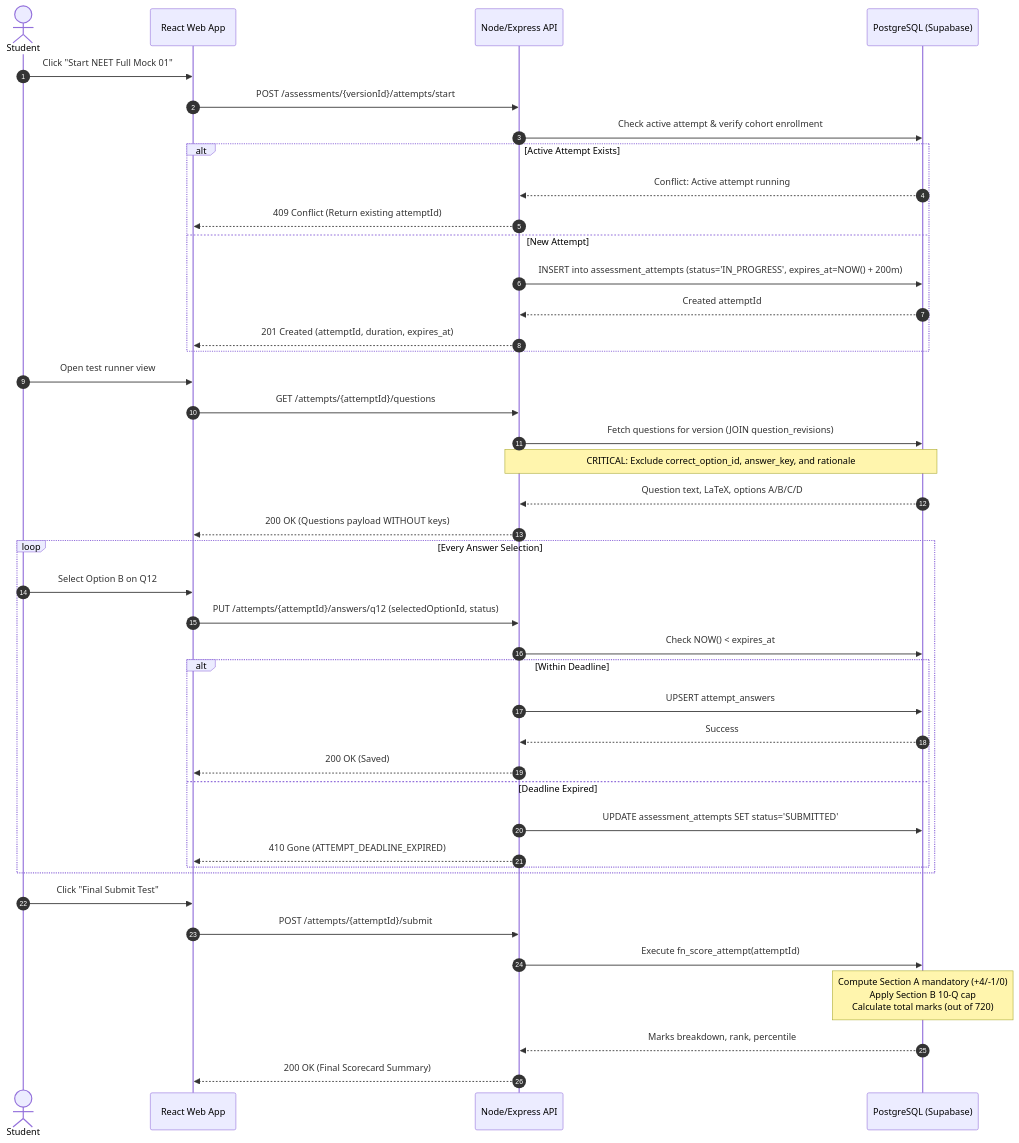
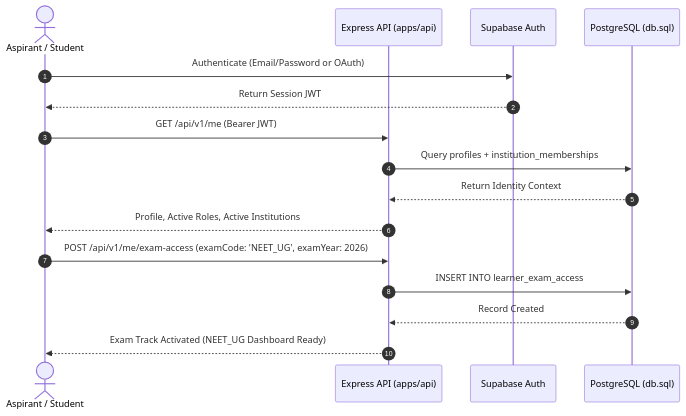
One commit to rabia-01-01/medical-lms-app changed the first of 2 diagrams in docs/prd.md. Above: the diagram before and after it, drawn with Mermaid. The commit also changed other lines of this file and 125 other files, not shown here.

````diff
--- a/docs/prd.md
+++ b/docs/prd.md
@@ -497,48 +166,20 @@
 ```mermaid
 sequenceDiagram
     autonumber
-    actor Student
-    participant Client as React Web App
-    participant API as Node/Express API
-    participant DB as PostgreSQL (Supabase)
-    
-    Student->>Client: Click "Start NEET Full Mock 01"
-    Client->>API: POST /assessments/{versionId}/attempts/start
-    API->>DB: Check active attempt & verify cohort enrollment
-    alt Active Attempt Exists
-        DB-->>API: Conflict: Active attempt running
-        API-->>Client: 409 Conflict (Return existing attemptId)
-    else New Attempt
-        API->>DB: INSERT into assessment_attempts (status='IN_PROGRESS', expires_at=NOW() + 200m)
-        DB-->>API: Created attemptId
-        API-->>Client: 201 Created (attemptId, duration, expires_at)
-    end
-    
-    Student->>Client: Open test runner view
-    Client->>API: GET /attempts/{attemptId}/questions
-    API->>DB: Fetch questions for version (JOIN question_revisions)
-    Note over API,DB: CRITICAL: Exclude correct_option_id, answer_key, and rationale
-    DB-->>API: Question text, LaTeX, options A/B/C/D
-    API-->>Client: 200 OK (Questions payload WITHOUT keys)
-    
-    loop Every Answer Selection
-        Student->>Client: Select Option B on Q12
-        Client->>API: PUT /attempts/{attemptId}/answers/q12 (selectedOptionId, status)
-        API->>DB: Check NOW() < expires_at
-        alt Within Deadline
-            API->>DB: UPSERT attempt_answers
-            DB-->>API: Success
-            API-->>Client: 200 OK (Saved)
-        else Deadline Expired
-            API->>DB: UPDATE assessment_attempts SET status='SUBMITTED'
-            API-->>Client: 410 Gone (ATTEMPT_DEADLINE_EXPIRED)
-        end
-    end
-    
-    Student->>Client: Click "Final Submit Test"
-    Client->>API: POST /attempts/{attemptId}/submit
-    API->>DB: Execute fn_score_attempt(attemptId)
-    Note over DB: Compute Section A mandatory (+4/-1/0)<br/>Apply Section B 10-Q cap<br/>Calculate total marks (out of 720)
-    DB-->>API: Marks breakdown, rank, percentile
-    API-->>Client: 200 OK (Final Scorecard Summary)
+    actor Learner as Aspirant / Student
+    participant API as Express API (apps/api)
+    participant Auth as Supabase Auth
+    participant DB as PostgreSQL (db.sql)
+
+    Learner->>Auth: Authenticate (Email/Password or OAuth)
+    Auth-->>Learner: Return Session JWT
+    Learner->>API: GET /api/v1/me (Bearer JWT)
+    API->>DB: Query profiles + institution_memberships
+    DB-->>API: Return Identity Context
+    API-->>Learner: Profile, Active Roles, Active Institutions
+
+    Learner->>API: POST /api/v1/me/exam-access (examCode: 'NEET_UG', examYear: 2026)
+    API->>DB: INSERT INTO learner_exam_access
+    DB-->>API: Record Created
+    API-->>Learner: Exam Track Activated (NEET_UG Dashboard Ready)
 ```
````
